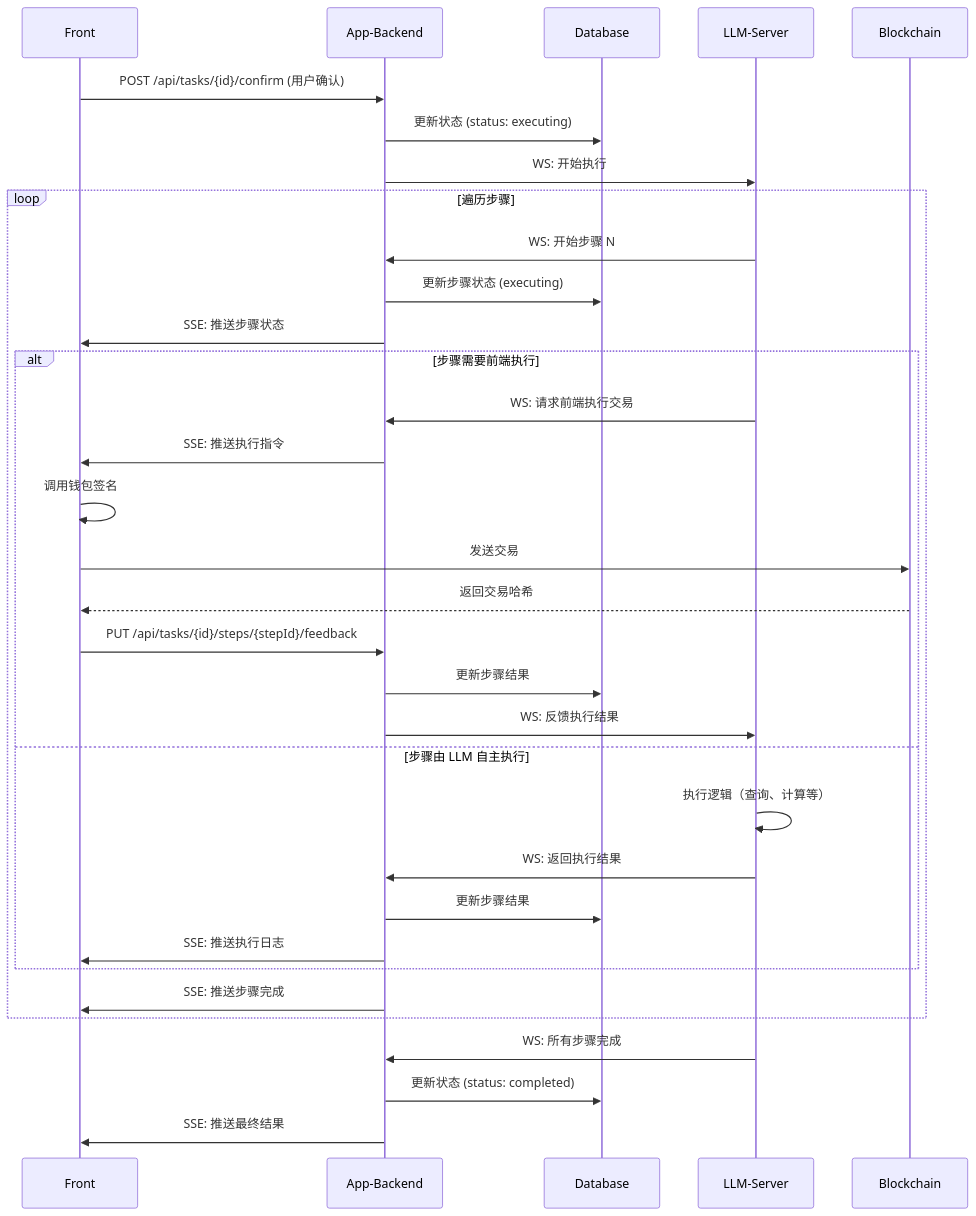
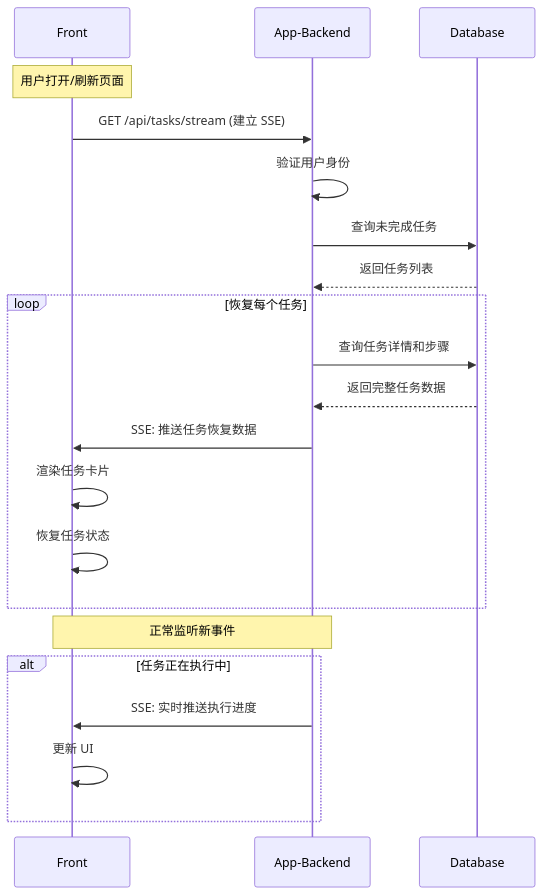
The diagram in all/未命名-10.md (yingjianzh/iodraw-files), drawn with Mermaid before and after one commit.

Commit message:
2025-12-17 15:31:15 update

````diff
--- a/all/未命名-10.md
+++ b/all/未命名-10.md
@@ -1,40 +1,28 @@
 ```mermaid
 sequenceDiagram
     participant F as Front
     participant A as App-Backend
     participant D as Database
-    participant L as LLM-Server
-    participant B as Blockchain
     
-    F->>A: POST /api/tasks/{id}/confirm (用户确认)
-    A->>D: 更新状态 (status: executing)
-    A->>L: WS: 开始执行
+    Note over F: 用户打开/刷新页面
     
-    loop 遍历步骤
-        L->>A: WS: 开始步骤 N
-        A->>D: 更新步骤状态 (executing)
-        A->>F: SSE: 推送步骤状态
-        
-        alt 步骤需要前端执行
-            L->>A: WS: 请求前端执行交易
-            A->>F: SSE: 推送执行指令
-            F->>F: 调用钱包签名
-            F->>B: 发送交易
-            B-->>F: 返回交易哈希
-            F->>A: PUT /api/tasks/{id}/steps/{stepId}/feedback
-            A->>D: 更新步骤结果
-            A->>L: WS: 反馈执行结果
-        else 步骤由 LLM 自主执行
-            L->>L: 执行逻辑（查询、计算等）
-            L->>A: WS: 返回执行结果
-            A->>D: 更新步骤结果
-            A->>F: SSE: 推送执行日志
-        end
-        
-        A->>F: SSE: 推送步骤完成
+    F->>A: GET /api/tasks/stream (建立 SSE)
+    A->>A: 验证用户身份
+    A->>D: 查询未完成任务
+    D-->>A: 返回任务列表
+    
+    loop 恢复每个任务
+        A->>D: 查询任务详情和步骤
+        D-->>A: 返回完整任务数据
+        A->>F: SSE: 推送任务恢复数据
+        F->>F: 渲染任务卡片
+        F->>F: 恢复任务状态
     end
     
-    L->>A: WS: 所有步骤完成
-    A->>D: 更新状态 (status: completed)
-    A->>F: SSE: 推送最终结果
+    Note over F,A: 正常监听新事件
+    
+    alt 任务正在执行中
+        A->>F: SSE: 实时推送执行进度
+        F->>F: 更新 UI
+    end
 ```
````
